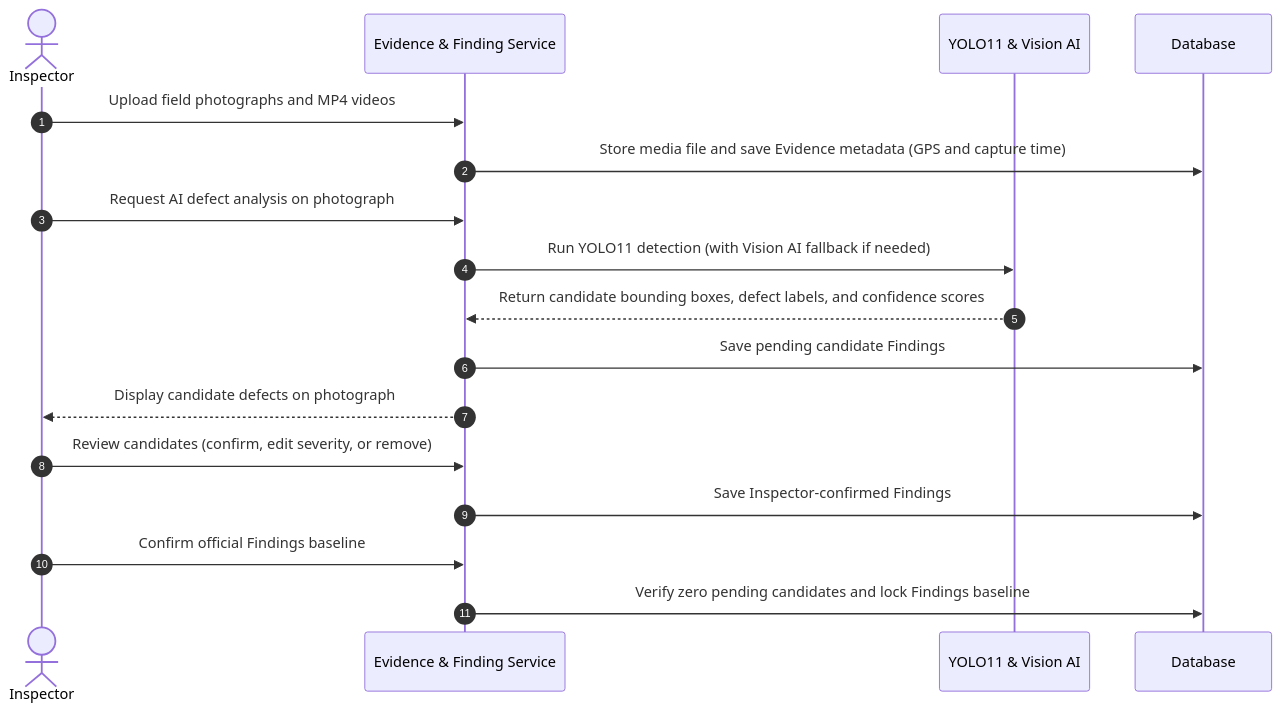
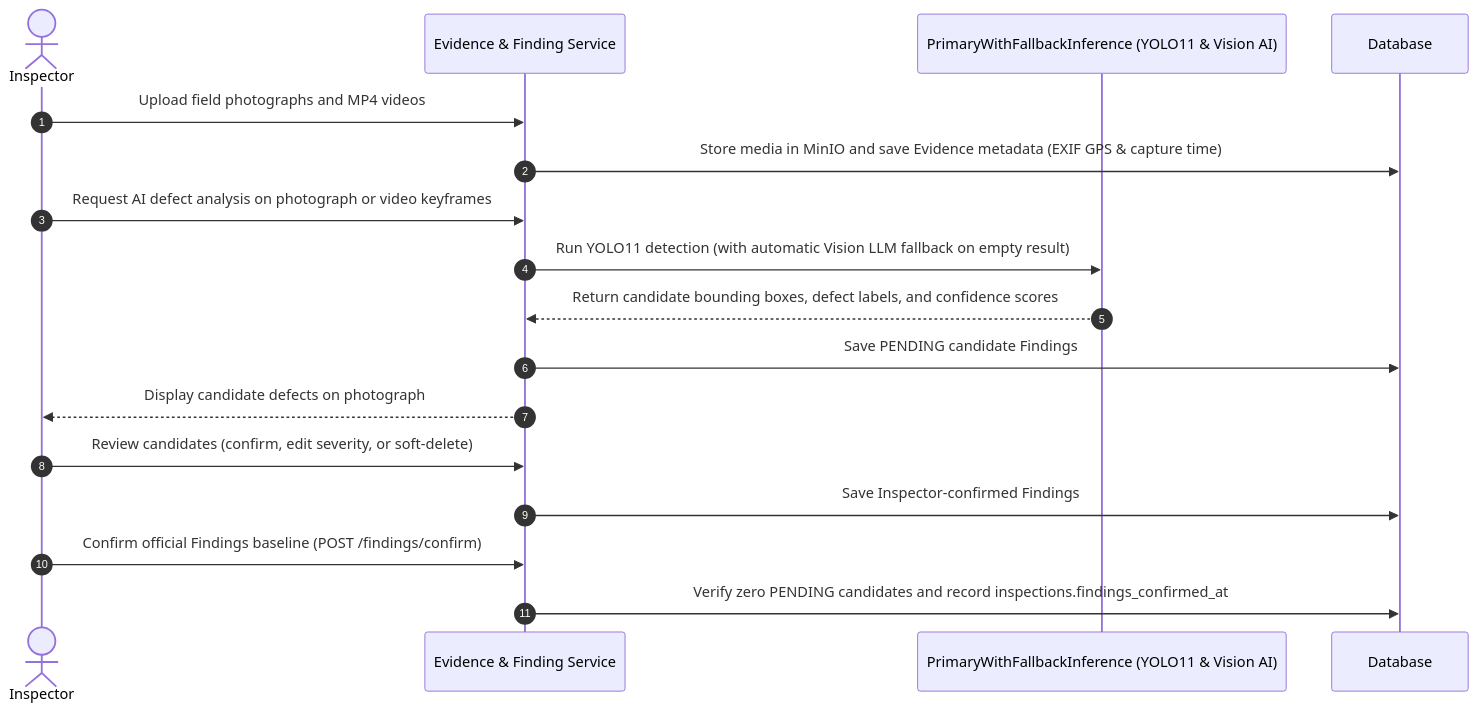
One commit to tungbach12/SmartDroneInspection-Docs changed diagram 15 of 23 in reports/report-4-software-design-document/03-detailed-design.md. Above: the diagram before and after it, drawn with Mermaid. The commit also changed other lines of this file and 101 other files, not shown here.

````diff
--- a/reports/report-4-software-design-document/03-detailed-design.md
+++ b/reports/report-4-software-design-document/03-detailed-design.md
@@ -660,24 +746,24 @@
 ```mermaid
 %% title: FE-06 Defect Detection and Finding Confirmation Sequence Diagram
 sequenceDiagram
   autonumber
   actor Insp as Inspector
   participant Svc as Evidence & Finding Service
-  participant AI as YOLO11 & Vision AI
+  participant AI as PrimaryWithFallbackInference (YOLO11 & Vision AI)
   participant DB as Database
 
   Insp->>Svc: Upload field photographs and MP4 videos
-  Svc->>DB: Store media file and save Evidence metadata (GPS and capture time)
+  Svc->>DB: Store media in MinIO and save Evidence metadata (EXIF GPS & capture time)
 
-  Insp->>Svc: Request AI defect analysis on photograph
-  Svc->>AI: Run YOLO11 detection (with Vision AI fallback if needed)
+  Insp->>Svc: Request AI defect analysis on photograph or video keyframes
+  Svc->>AI: Run YOLO11 detection (with automatic Vision LLM fallback on empty result)
   AI-->>Svc: Return candidate bounding boxes, defect labels, and confidence scores
-  Svc->>DB: Save pending candidate Findings
+  Svc->>DB: Save PENDING candidate Findings
   Svc-->>Insp: Display candidate defects on photograph
 
-  Insp->>Svc: Review candidates (confirm, edit severity, or remove)
+  Insp->>Svc: Review candidates (confirm, edit severity, or soft-delete)
   Svc->>DB: Save Inspector-confirmed Findings
 
-  Insp->>Svc: Confirm official Findings baseline
-  Svc->>DB: Verify zero pending candidates and lock Findings baseline
+  Insp->>Svc: Confirm official Findings baseline (POST /findings/confirm)
+  Svc->>DB: Verify zero PENDING candidates and record inspections.findings_confirmed_at
 ```
````
